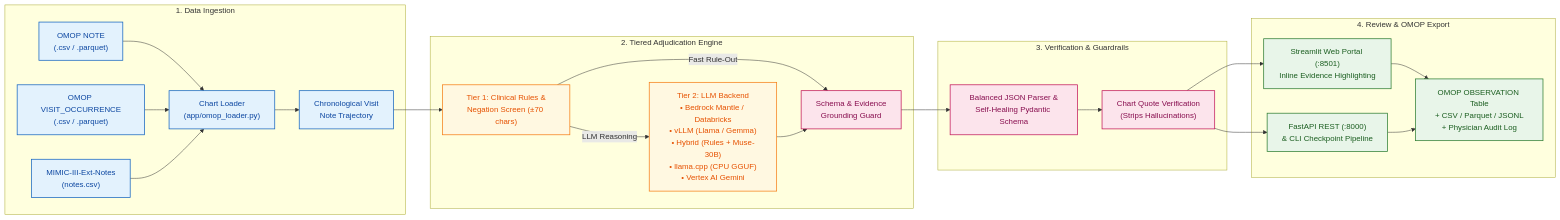
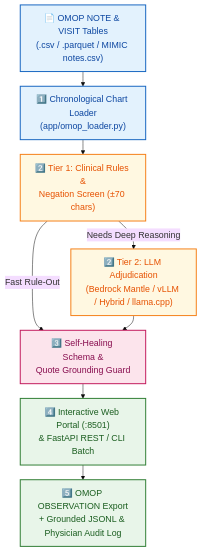
Before and after one commit to x1jiang/rosegold: the first of 3 diagrams in README.md, drawn with Mermaid. The commit also changed other lines of this file, not shown here.

Commit message:
docs(readme): use compact vertical Mermaid layouts and 18px fonts for readability

````diff
--- a/README.md
+++ b/README.md
@@ -106,37 +106,24 @@
 ```mermaid
-flowchart LR
-    subgraph Ingest["1. Data Ingestion"]
-        A1["OMOP NOTE<br/>(.csv / .parquet)"] --> L["Chart Loader<br/>(app/omop_loader.py)"]
-        A2["OMOP VISIT_OCCURRENCE<br/>(.csv / .parquet)"] --> L
-        A3["MIMIC-III-Ext-Notes<br/>(notes.csv)"] --> L
-        L --> T["Chronological Visit<br/>Note Trajectory"]
-    end
+%%{init: {'theme': 'base', 'themeVariables': {'fontSize': '18px', 'fontFamily': 'arial'}, 'flowchart': {'nodeSpacing': 25, 'rankSpacing': 30, 'padding': 14}}}%%
+flowchart TD
+    A1["📄 OMOP NOTE & VISIT Tables<br/>(.csv / .parquet / MIMIC notes.csv)"] --> L["1️⃣ Chronological Chart Loader<br/>(app/omop_loader.py)"]
 
-    subgraph Engine["2. Tiered Adjudication Engine"]
-        T --> R1["Tier 1: Clinical Rules &<br/>Negation Screen (±70 chars)"]
-        R1 -- "Fast Rule-Out" --> V["Schema & Evidence<br/>Grounding Guard"]
-        R1 -- "LLM Reasoning" --> R2["Tier 2: LLM Backend<br/>• Bedrock Mantle / Databricks<br/>• vLLM (Llama / Gemma)<br/>• Hybrid (Rules + Muse-30B)<br/>• llama.cpp (CPU GGUF)<br/>• Vertex AI Gemini"]
-        R2 --> V
-    end
+    L --> R1["2️⃣ Tier 1: Clinical Rules &<br/>Negation Screen (±70 chars)"]
 
-    subgraph Grounding["3. Verification & Guardrails"]
-        V --> G1["Balanced JSON Parser &<br/>Self-Healing Pydantic Schema"]
-        G1 --> G2["Chart Quote Verification<br/>(Strips Hallucinations)"]
-    end
+    R1 -- "Fast Rule-Out" --> G1["3️⃣ Self-Healing Schema &<br/>Quote Grounding Guard"]
+    R1 -- "Needs Deep Reasoning" --> R2["2️⃣ Tier 2: LLM Adjudication<br/>(Bedrock Mantle / vLLM / Hybrid / llama.cpp)"]
+    R2 --> G1
 
-    subgraph Output["4. Review & OMOP Export"]
-        G2 --> O1["Streamlit Web Portal (:8501)<br/>Inline Evidence Highlighting"]
-        G2 --> O2["FastAPI REST (:8000)<br/>& CLI Checkpoint Pipeline"]
-        O1 & O2 --> O3["OMOP OBSERVATION Table<br/>+ CSV / Parquet / JSONL<br/>+ Physician Audit Log"]
-    end
+    G1 --> O1["4️⃣ Interactive Web Portal (:8501)<br/>& FastAPI REST / CLI Batch"]
+    O1 --> O2["5️⃣ OMOP OBSERVATION Export<br/>+ Grounded JSONL & Physician Audit Log"]
 
-    classDef ingest fill:#e3f2fd,stroke:#1565c0,color:#0d47a1,stroke-width:1.5px;
-    classDef engine fill:#fff8e1,stroke:#f57f17,color:#e65100,stroke-width:1.5px;
-    classDef guard fill:#fce4ec,stroke:#c2185b,color:#880e4f,stroke-width:1.5px;
-    classDef output fill:#e8f5e9,stroke:#2e7d32,color:#1b5e20,stroke-width:1.5px;
+    classDef ingest fill:#e3f2fd,stroke:#1565c0,color:#0d47a1,stroke-width:2px;
+    classDef engine fill:#fff8e1,stroke:#f57f17,color:#e65100,stroke-width:2px;
+    classDef guard fill:#fce4ec,stroke:#c2185b,color:#880e4f,stroke-width:2px;
+    classDef output fill:#e8f5e9,stroke:#2e7d32,color:#1b5e20,stroke-width:2px;
 
-    class A1,A2,A3,L,T ingest;
+    class A1,L ingest;
     class R1,R2 engine;
-    class V,G1,G2 guard;
-    class O1,O2,O3 output;
+    class G1 guard;
+    class O1,O2 output;
 ```
````
